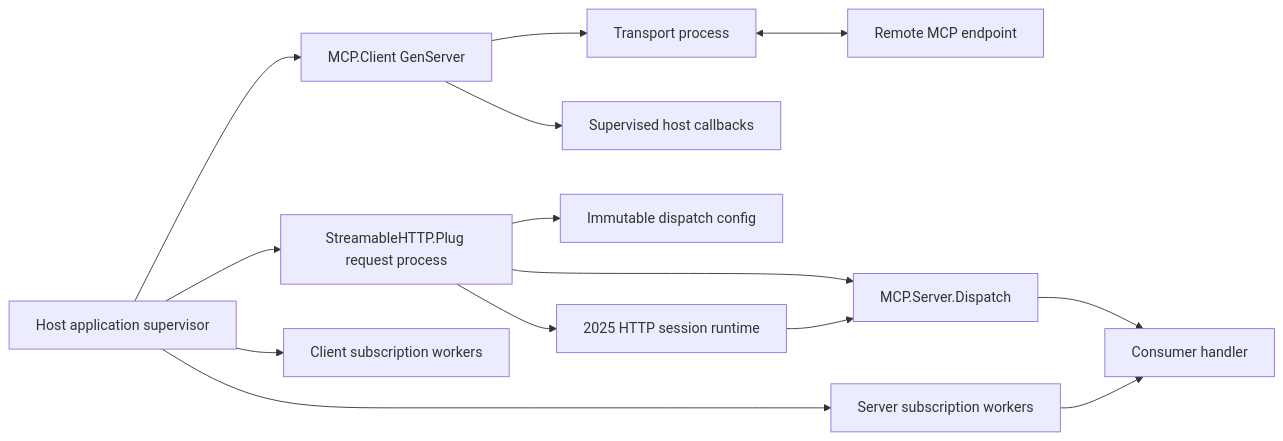
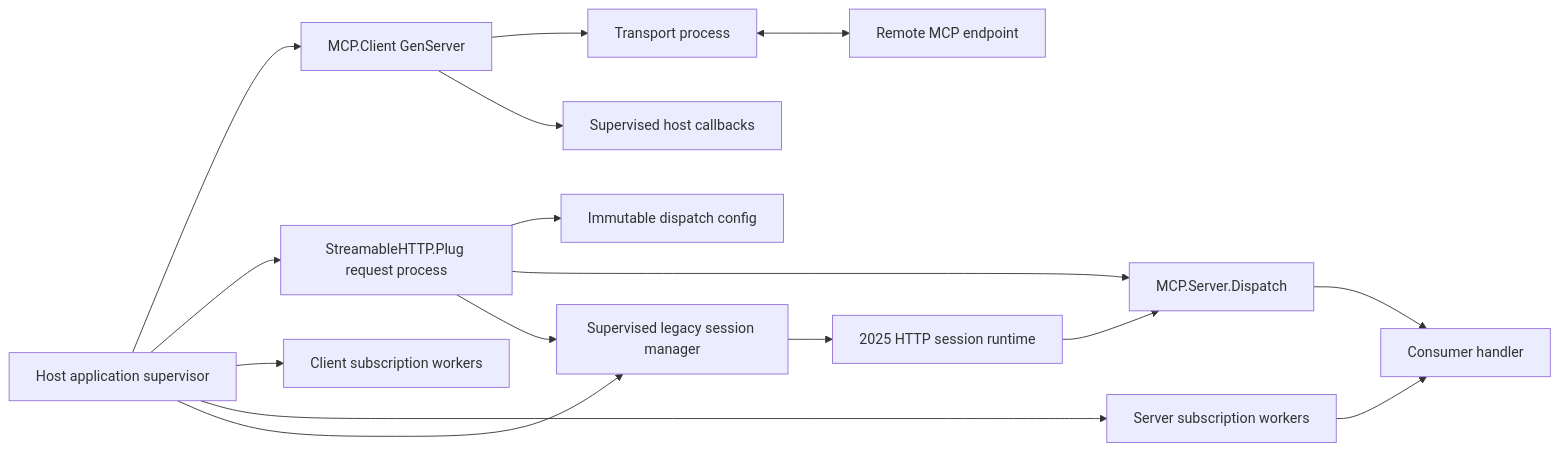
Before and after one commit to JohnSmall/mcp-elixir-sdk: the first of 3 diagrams in docs/sdk-2.0/runtime-models.md, drawn with Mermaid. The commit also changed other lines of this file and 29 other files, not shown here.

````diff
--- a/docs/sdk-2.0/runtime-models.md
+++ b/docs/sdk-2.0/runtime-models.md
@@ -13,29 +13,32 @@
 ```mermaid
 flowchart LR
     Host["Host application supervisor"]
     Client["MCP.Client GenServer"]
     Transport["Transport process"]
     Remote["Remote MCP endpoint"]
     Plug["StreamableHTTP.Plug request process"]
     Config["Immutable dispatch config"]
     Dispatch["MCP.Server.Dispatch"]
     Handler["Consumer handler"]
     ClientSubs["Client subscription workers"]
     ServerSubs["Server subscription workers"]
     LegacySession["2025 HTTP session runtime"]
+    LegacyManager["Supervised legacy session manager"]
     CallbackTasks["Supervised host callbacks"]
 
     Host --> Client
     Client --> Transport
     Transport <--> Remote
     Host --> Plug
     Plug --> Config
     Plug --> Dispatch
     Dispatch --> Handler
     Host --> ClientSubs
     Host --> ServerSubs
     Client --> CallbackTasks
     ServerSubs --> Handler
-    Plug --> LegacySession
+    Host --> LegacyManager
+    Plug --> LegacyManager
+    LegacyManager --> LegacySession
     LegacySession --> Dispatch
 ```
````
